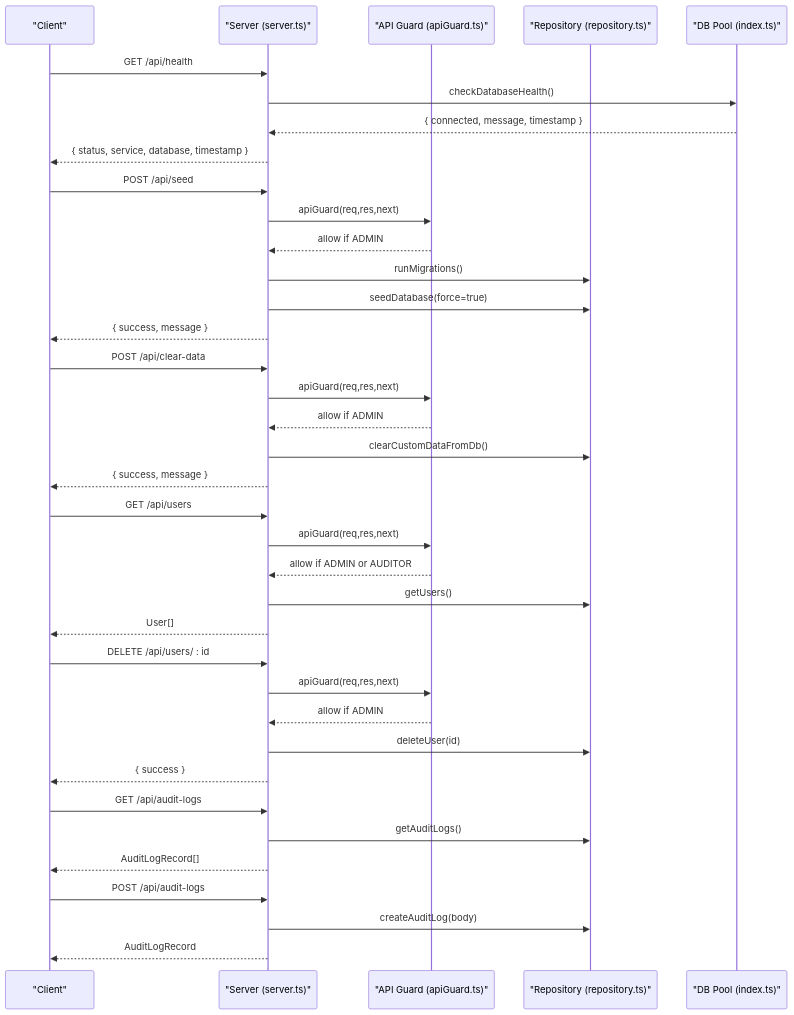
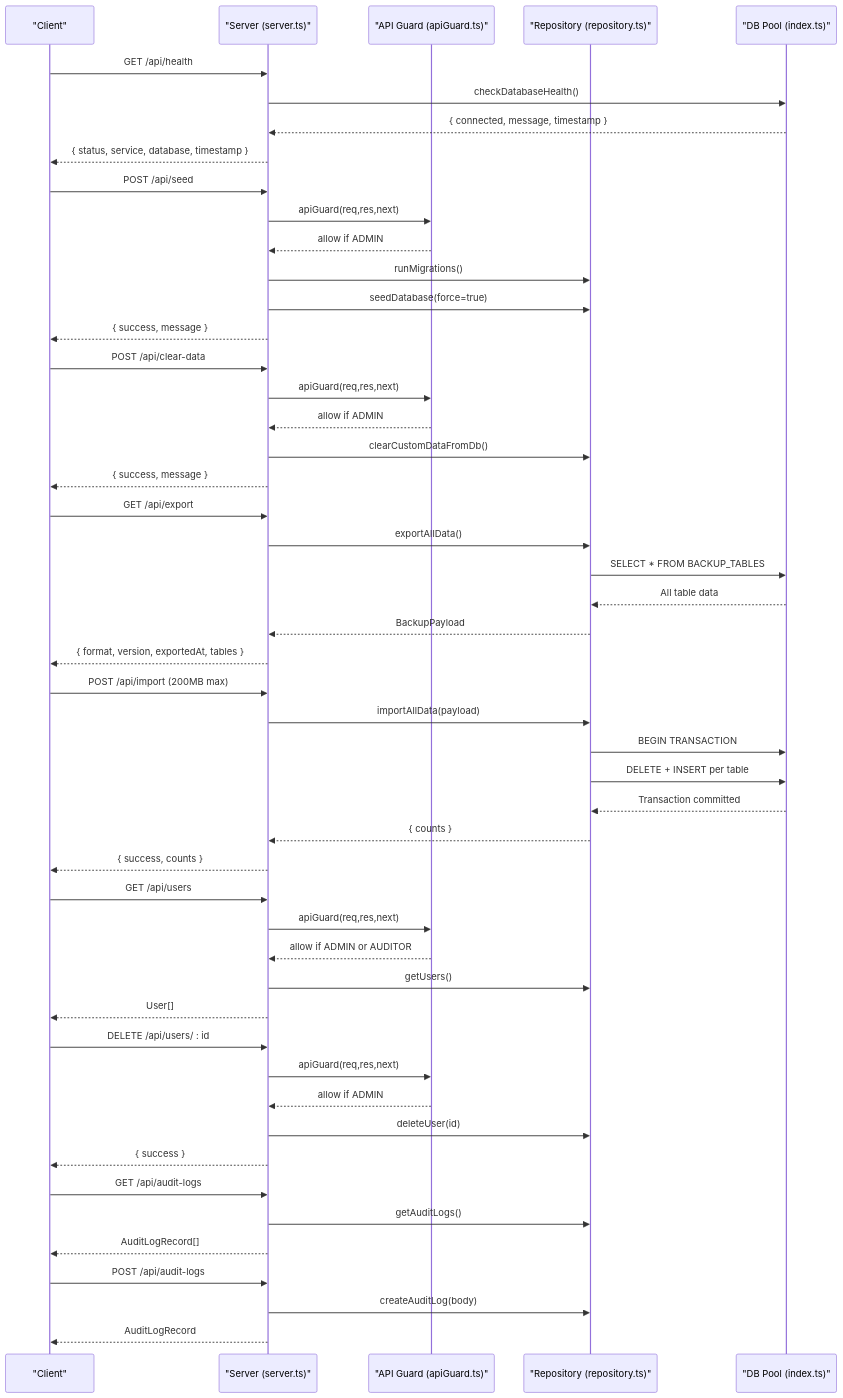
Before and after one commit to djahasiel101600/archivehub: the second of 3 diagrams in .qoder/repowiki/en/content/System Architecture/API Architecture/System Endpoints.md, drawn with Mermaid. The commit also changed other lines of this file and 48 other files, not shown here.

````diff
--- a/.qoder/repowiki/en/content/System Architecture/API Architecture/System Endpoints.md
+++ b/.qoder/repowiki/en/content/System Architecture/API Architecture/System Endpoints.md
@@ -103,39 +123,52 @@
 ```mermaid
 sequenceDiagram
 participant C as "Client"
 participant S as "Server (server.ts)"
 participant G as "API Guard (apiGuard.ts)"
 participant R as "Repository (repository.ts)"
 participant D as "DB Pool (index.ts)"
 C->>S : GET /api/health
 S->>D : checkDatabaseHealth()
 D-->>S : { connected, message, timestamp }
 S-->>C : { status, service, database, timestamp }
 C->>S : POST /api/seed
 S->>G : apiGuard(req,res,next)
 G-->>S : allow if ADMIN
 S->>R : runMigrations()
 S->>R : seedDatabase(force=true)
 S-->>C : { success, message }
 C->>S : POST /api/clear-data
 S->>G : apiGuard(req,res,next)
 G-->>S : allow if ADMIN
 S->>R : clearCustomDataFromDb()
 S-->>C : { success, message }
+C->>S : GET /api/export
+S->>R : exportAllData()
+R->>D : SELECT * FROM BACKUP_TABLES
+D-->>R : All table data
+R-->>S : BackupPayload
+S-->>C : { format, version, exportedAt, tables }
+C->>S : POST /api/import (200MB max)
+S->>R : importAllData(payload)
+R->>D : BEGIN TRANSACTION
+R->>D : DELETE + INSERT per table
+D-->>R : Transaction committed
+R-->>S : { counts }
+S-->>C : { success, counts }
 C->>S : GET /api/users
 S->>G : apiGuard(req,res,next)
 G-->>S : allow if ADMIN or AUDITOR
 S->>R : getUsers()
 S-->>C : User[]
 C->>S : DELETE /api/users/ : id
 S->>G : apiGuard(req,res,next)
 G-->>S : allow if ADMIN
 S->>R : deleteUser(id)
 S-->>C : { success }
 C->>S : GET /api/audit-logs
 S->>R : getAuditLogs()
 S-->>C : AuditLogRecord[]
 C->>S : POST /api/audit-logs
 S->>R : createAuditLog(body)
 S-->>C : AuditLogRecord
 ```
````
